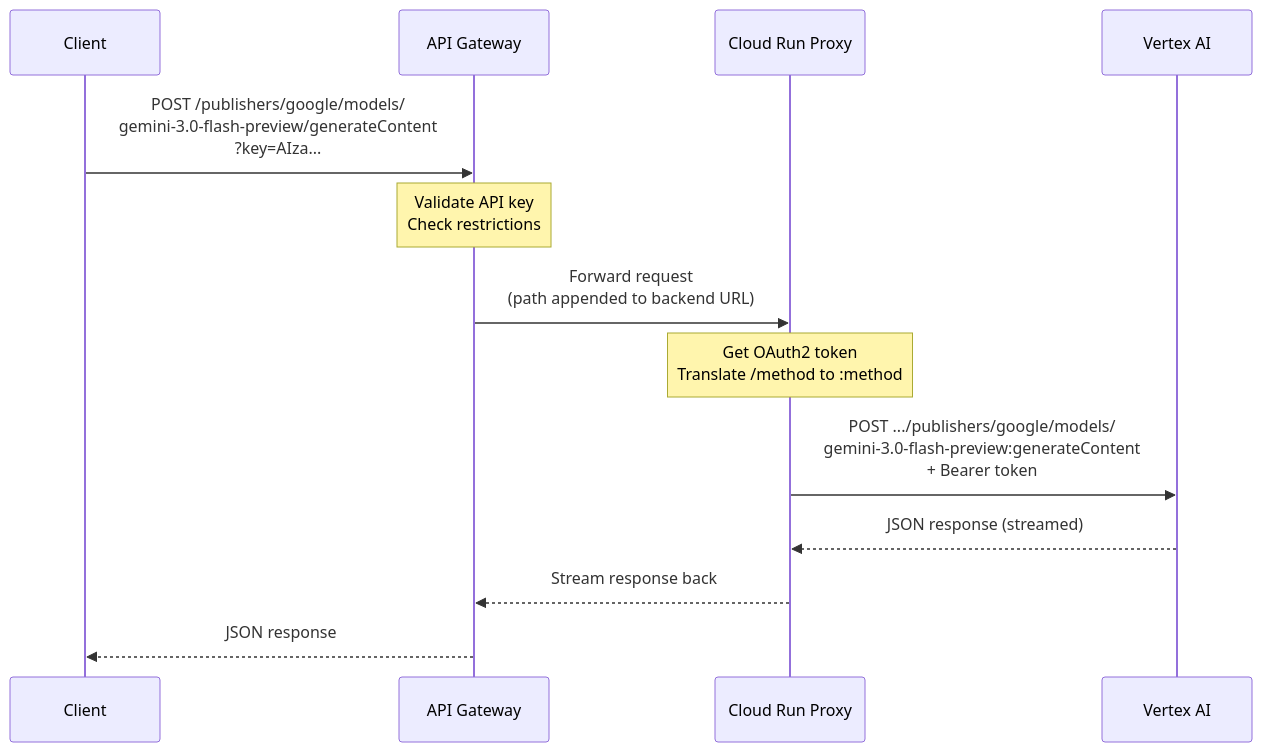
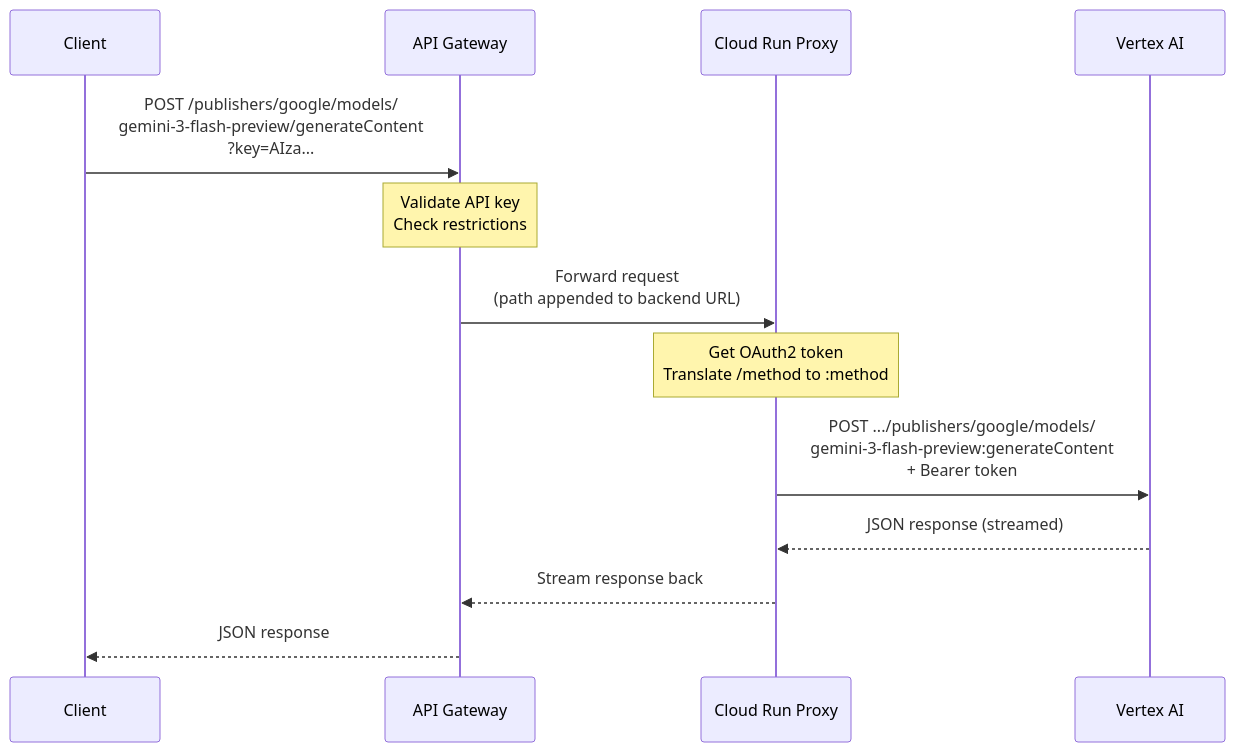
Before and after one commit to duboc/api-management-service: the second of 2 diagrams in README.md, drawn with Mermaid. The commit also changed other lines of this file and 7 other files, not shown here.

Commit message:
Update default model to gemini-3-flash-preview

````diff
--- a/README.md
+++ b/README.md
@@ -40,21 +40,21 @@
 ```mermaid
 sequenceDiagram
     participant C as Client
     participant GW as API Gateway
     participant P as Cloud Run Proxy
     participant V as Vertex AI
 
-    C->>GW: POST /publishers/google/models/<br/>gemini-3.0-flash-preview/generateContent<br/>?key=AIza...
+    C->>GW: POST /publishers/google/models/<br/>gemini-3-flash-preview/generateContent<br/>?key=AIza...
 
     Note over GW: Validate API key<br/>Check restrictions
 
     GW->>P: Forward request<br/>(path appended to backend URL)
 
     Note over P: Get OAuth2 token<br/>Translate /method to :method
 
-    P->>V: POST .../publishers/google/models/<br/>gemini-3.0-flash-preview:generateContent<br/>+ Bearer token
+    P->>V: POST .../publishers/google/models/<br/>gemini-3-flash-preview:generateContent<br/>+ Bearer token
 
     V-->>P: JSON response (streamed)
     P-->>GW: Stream response back
     GW-->>C: JSON response
 ```
````
